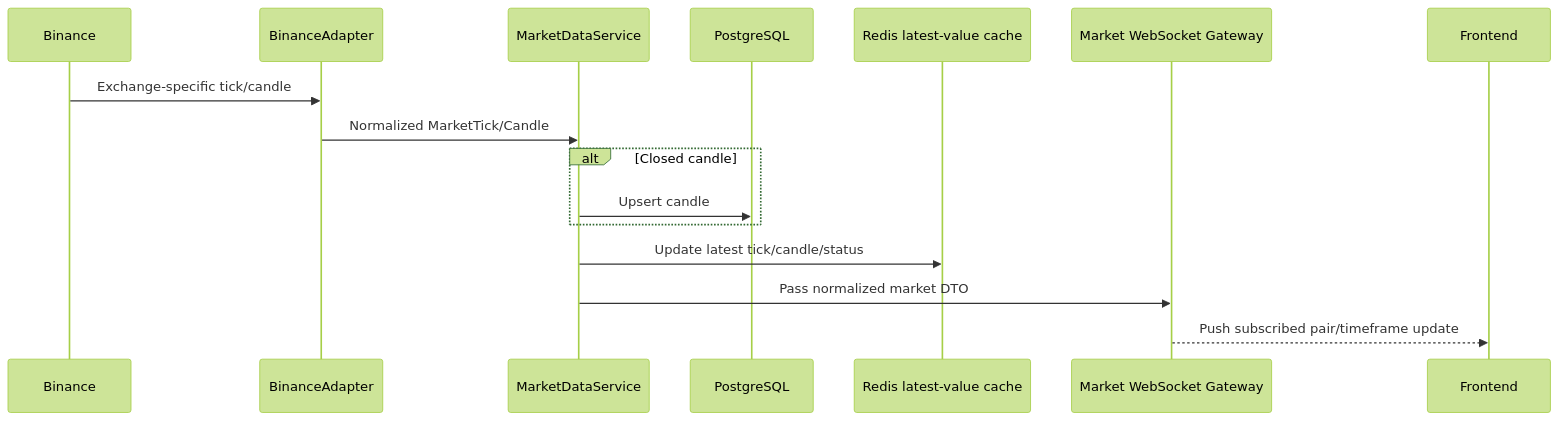
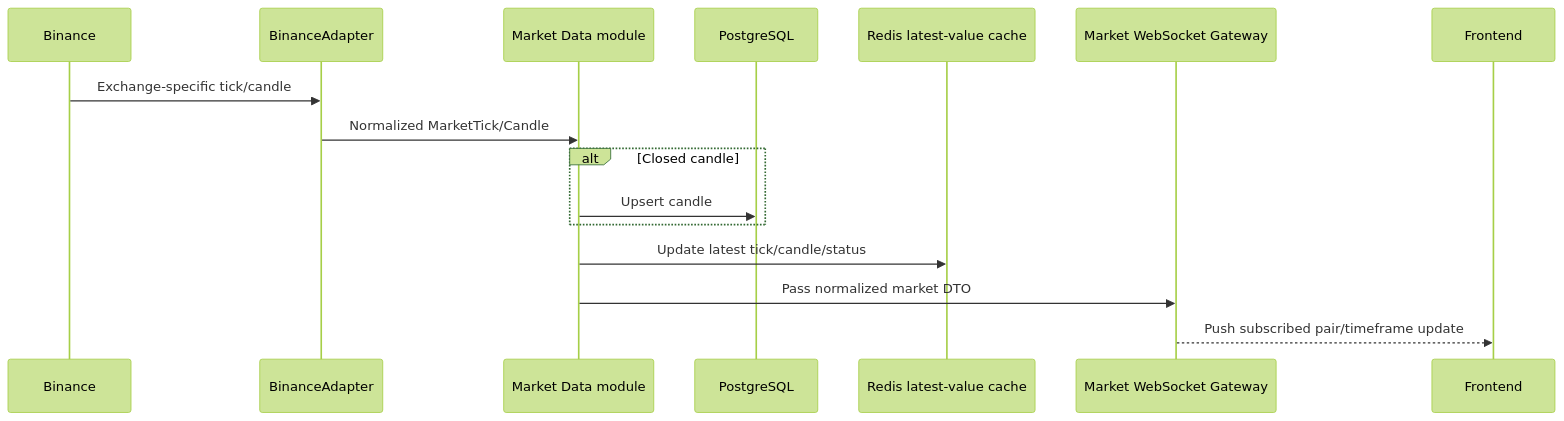
The second of 6 diagrams in docs/design/data-flow.md (thanhdatttt/Cryptox), drawn with Mermaid (forest theme) before and after one commit. The commit also changed other lines of this file and 15 other files, not shown here.

````diff
--- a/docs/design/data-flow.md
+++ b/docs/design/data-flow.md
@@ -41,19 +43,19 @@
 ```mermaid
 sequenceDiagram
     participant B as Binance
     participant A as BinanceAdapter
-    participant M as MarketDataService
+    participant M as Market Data module
     participant PG as PostgreSQL
     participant R as Redis latest-value cache
     participant WS as Market WebSocket Gateway
     participant FE as Frontend
 
     B->>A: Exchange-specific tick/candle
     A->>M: Normalized MarketTick/Candle
     alt Closed candle
         M->>PG: Upsert candle
     end
     M->>R: Update latest tick/candle/status
     M->>WS: Pass normalized market DTO
     WS-->>FE: Push subscribed pair/timeframe update
 ```
````
